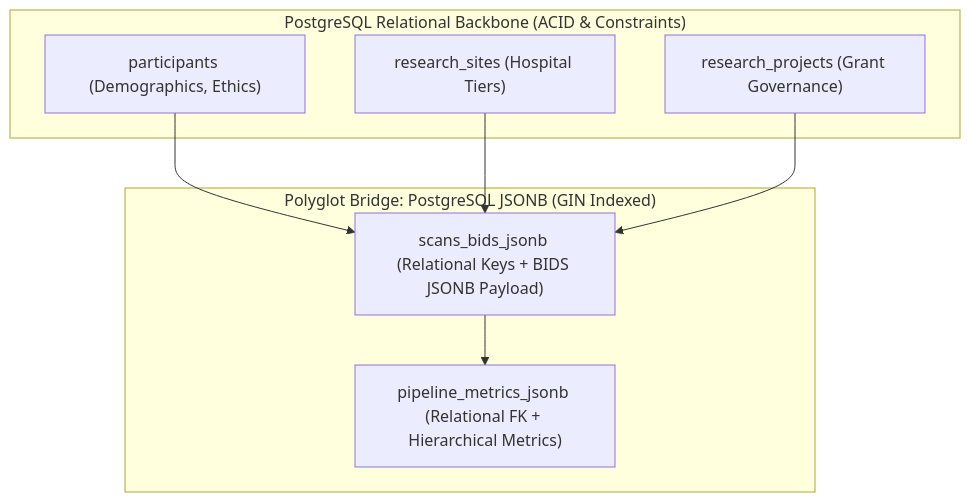
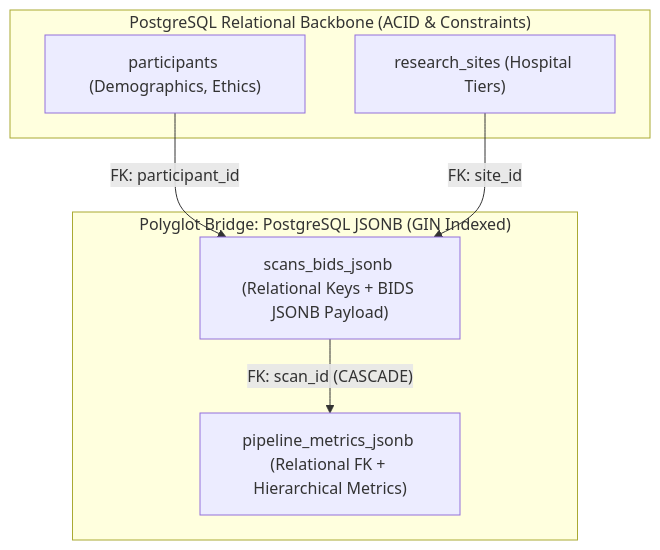
The diagram in portfolio-4-nosql/nosql_modeling.md (filimapatrick/patrick_filima_MIT8103-Advanced-Database-Portfolio), drawn with Mermaid before and after one commit. The commit also changed other lines of this file and 9 other files, not shown here.

````diff
--- a/portfolio-4-nosql/nosql_modeling.md
+++ b/portfolio-4-nosql/nosql_modeling.md
@@ -238,18 +282,16 @@
 ```mermaid
 flowchart TD
     subgraph RDBMS ["PostgreSQL Relational Backbone (ACID & Constraints)"]
         P["participants (Demographics, Ethics)"]
         S["research_sites (Hospital Tiers)"]
-        PRJ["research_projects (Grant Governance)"]
     end
 
     subgraph HYBRID ["Polyglot Bridge: PostgreSQL JSONB (GIN Indexed)"]
         SB["scans_bids_jsonb (Relational Keys + BIDS JSONB Payload)"]
         PM["pipeline_metrics_jsonb (Relational FK + Hierarchical Metrics)"]
     end
 
-    P --> SB
-    S --> SB
-    PRJ --> SB
-    SB --> PM
+    P -->|"FK: participant_id"| SB
+    S -->|"FK: site_id"| SB
+    SB -->|"FK: scan_id (CASCADE)"| PM
 ```
````
